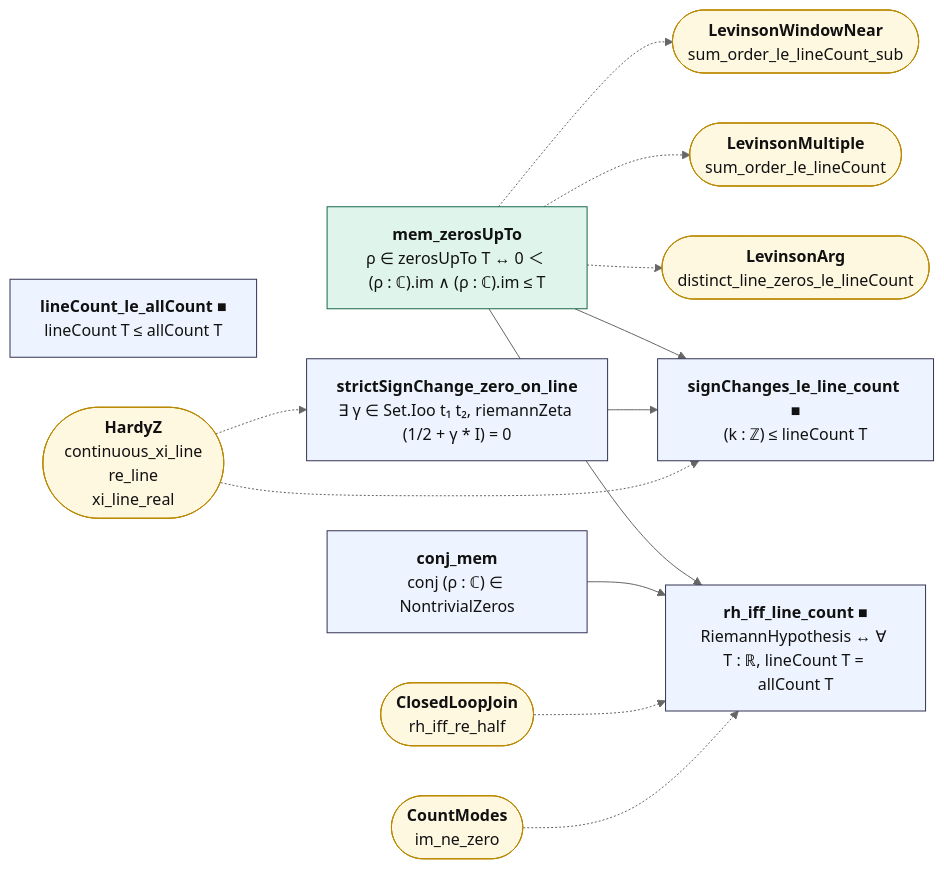
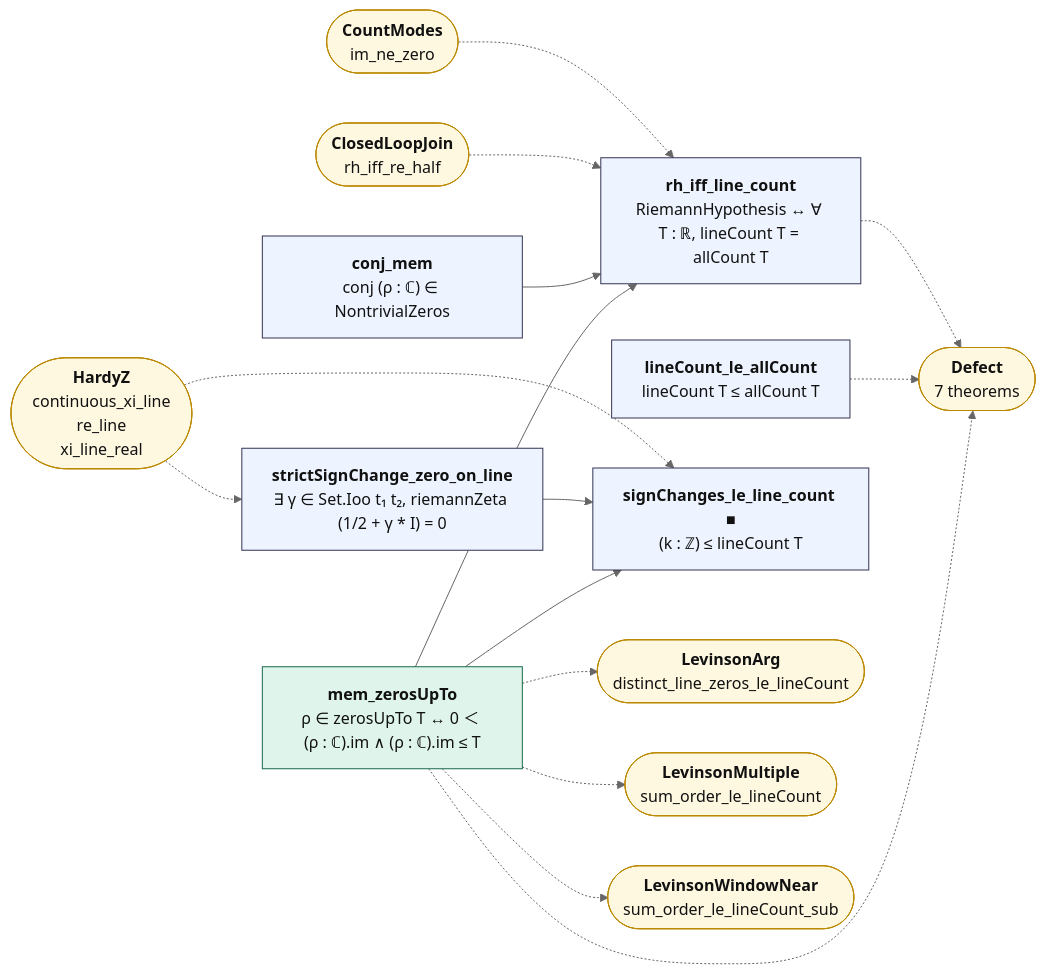
One commit to juliansambranojr/Primebeat_081426 changed the diagram in map/lean_stage3/LineCount.mmd. Above: the diagram before and after it, drawn with Mermaid (neutral theme). The commit also changed 25 other files, not shown here.

```diff
--- a/map/lean_stage3/LineCount.mmd
+++ b/map/lean_stage3/LineCount.mmd
@@ -1,32 +1,36 @@
 flowchart LR
   n0["<b>mem_zerosUpTo</b><br/>ρ ∈ zerosUpTo T ↔ 0 ＜ (ρ : ℂ).im ∧ (ρ : ℂ).im ≤ T"]:::cnt
   n1["<b>strictSignChange_zero_on_line</b><br/>∃ γ ∈ Set.Ioo t₁ t₂, riemannZeta (1/2 + γ * I) = 0"]:::thm
   n2["<b>conj_mem</b><br/>conj (ρ : ℂ) ∈ NontrivialZeros"]:::thm
-  n3["<b>lineCount_le_allCount ■</b><br/>lineCount T ≤ allCount T"]:::thm
-  n4["<b>rh_iff_line_count ■</b><br/>RiemannHypothesis ↔ ∀ T : ℝ, lineCount T = allCount T"]:::thm
+  n3["<b>lineCount_le_allCount</b><br/>lineCount T ≤ allCount T"]:::thm
+  n4["<b>rh_iff_line_count</b><br/>RiemannHypothesis ↔ ∀ T : ℝ, lineCount T = allCount T"]:::thm
   n5["<b>signChanges_le_line_count ■</b><br/>(k : ℤ) ≤ lineCount T"]:::thm
-  x0(["<b>LevinsonArg</b><br/>distinct_line_zeros_le_lineCount"]):::ext
-  x1(["<b>LevinsonMultiple</b><br/>sum_order_le_lineCount"]):::ext
-  x2(["<b>LevinsonWindowNear</b><br/>sum_order_le_lineCount_sub"]):::ext
-  x3(["<b>HardyZ</b><br/>continuous_xi_line<br/>re_line<br/>xi_line_real"]):::ext
-  x4(["<b>ClosedLoopJoin</b><br/>rh_iff_re_half"]):::ext
-  x5(["<b>CountModes</b><br/>im_ne_zero"]):::ext
+  x0(["<b>Defect</b><br/>7 theorems"]):::ext
+  x1(["<b>LevinsonArg</b><br/>distinct_line_zeros_le_lineCount"]):::ext
+  x2(["<b>LevinsonMultiple</b><br/>sum_order_le_lineCount"]):::ext
+  x3(["<b>LevinsonWindowNear</b><br/>sum_order_le_lineCount_sub"]):::ext
+  x4(["<b>HardyZ</b><br/>continuous_xi_line<br/>re_line<br/>xi_line_real"]):::ext
+  x5(["<b>ClosedLoopJoin</b><br/>rh_iff_re_half"]):::ext
+  x6(["<b>CountModes</b><br/>im_ne_zero"]):::ext
   n0 --> n4
   n0 --> n5
   n1 --> n5
   n2 --> n4
   n0 -.-> x0
   n0 -.-> x1
   n0 -.-> x2
-  x3 -.-> n1
-  x3 -.-> n5
-  x4 -.-> n4
+  n0 -.-> x3
+  n3 -.-> x0
+  n4 -.-> x0
+  x4 -.-> n1
+  x4 -.-> n5
   x5 -.-> n4
+  x6 -.-> n4
   classDef cnt fill:#dff5ec,stroke:#17694a,color:#111
   classDef shp fill:#f1ecfb,stroke:#5b3fa0,color:#111
   classDef rh fill:#ffe5e5,stroke:#c22,color:#111,stroke-width:2px
   classDef thm fill:#eef4ff,stroke:#335,color:#111
   classDef end_ fill:#e7f7e7,stroke:#2a7,color:#111,stroke-width:2px
   classDef lone fill:#fff,stroke:#999,color:#111,stroke-dasharray:4 3
   classDef bad fill:#ffe5e5,stroke:#c22,color:#111,stroke-width:2px
   classDef ext fill:#fff8e1,stroke:#b80,color:#111
```
